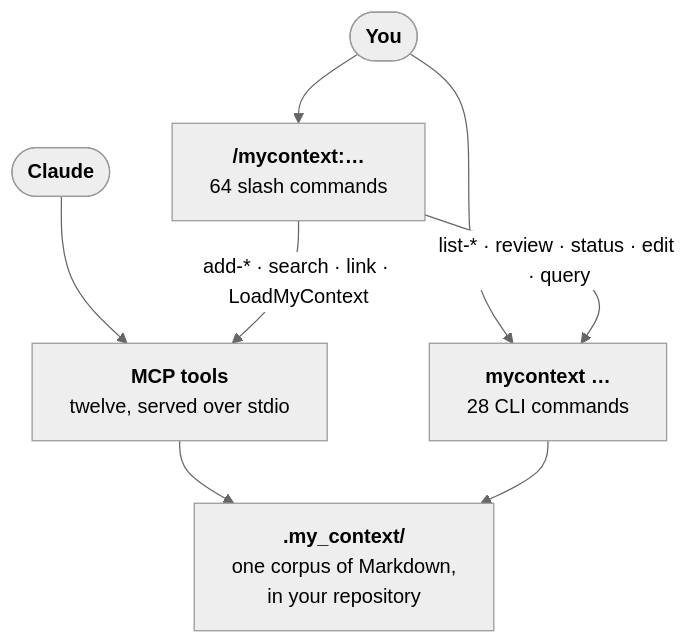
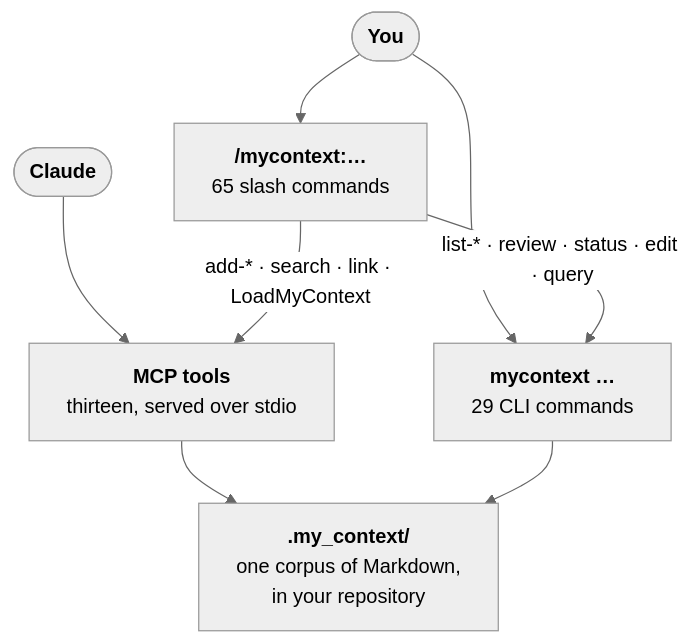
Before and after one commit to Dudi-Bar-On/my-context: the fourth of 5 diagrams in README.md, drawn with Mermaid (neutral theme). The commit also changed other lines of this file and 12 other files, not shown here.

First line of the commit message:
feat: the audit read surface — CLI, slash command, MCP tool, doctor check

````diff
--- a/README.md
+++ b/README.md
@@ -1687,10 +1687,10 @@
 ```mermaid
 flowchart TB
-  U(["<b>You</b>"]) --> SL["<b>/mycontext:…</b><br/>64 slash commands"]
-  U --> CL["<b>mycontext …</b><br/>28 CLI commands"]
-  A(["<b>Claude</b>"]) --> TL["<b>MCP tools</b><br/>twelve, served over stdio"]
+  U(["<b>You</b>"]) --> SL["<b>/mycontext:…</b><br/>65 slash commands"]
+  U --> CL["<b>mycontext …</b><br/>29 CLI commands"]
+  A(["<b>Claude</b>"]) --> TL["<b>MCP tools</b><br/>thirteen, served over stdio"]
   SL -->|"add-* · search · link · LoadMyContext"| TL
   SL -->|"list-* · review · status · edit · query"| CL
   TL --> CO["<b>.my_context/</b><br/>one corpus of Markdown,<br/>in your repository"]
   CL --> CO
 ```
````
